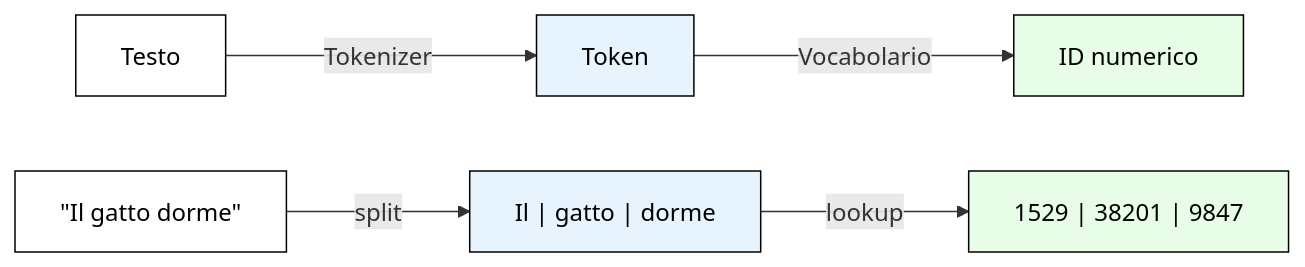
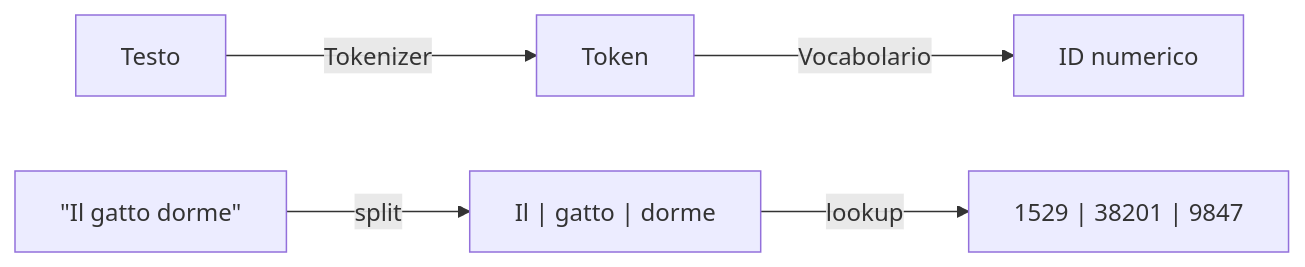
Before and after one commit to gdegani/its_slides_ai: the second of 7 diagrams in pages/slides_lezione1.md, drawn with Mermaid. The commit also changed other lines of this file and 2 other files, not shown here.

````diff
--- a/pages/slides_lezione1.md
+++ b/pages/slides_lezione1.md
@@ -237,13 +232,7 @@
 ```mermaid
 flowchart LR
     A["Testo"] -->|Tokenizer| B["Token"]
     B -->|Vocabolario| C["ID numerico"]
     A2["&quot;Il gatto dorme&quot;"] -->|split| B2["Il | gatto | dorme"]
     B2 -->|lookup| C2["1529 | 38201 | 9847"]
-    style A fill:#fff,stroke:#000,color:#000
-    style B fill:#e8f4fd,stroke:#000,color:#000
-    style C fill:#e8fde8,stroke:#000,color:#000
-    style A2 fill:#fff,stroke:#000,color:#000
-    style B2 fill:#e8f4fd,stroke:#000,color:#000
-    style C2 fill:#e8fde8,stroke:#000,color:#000
 ```
````
